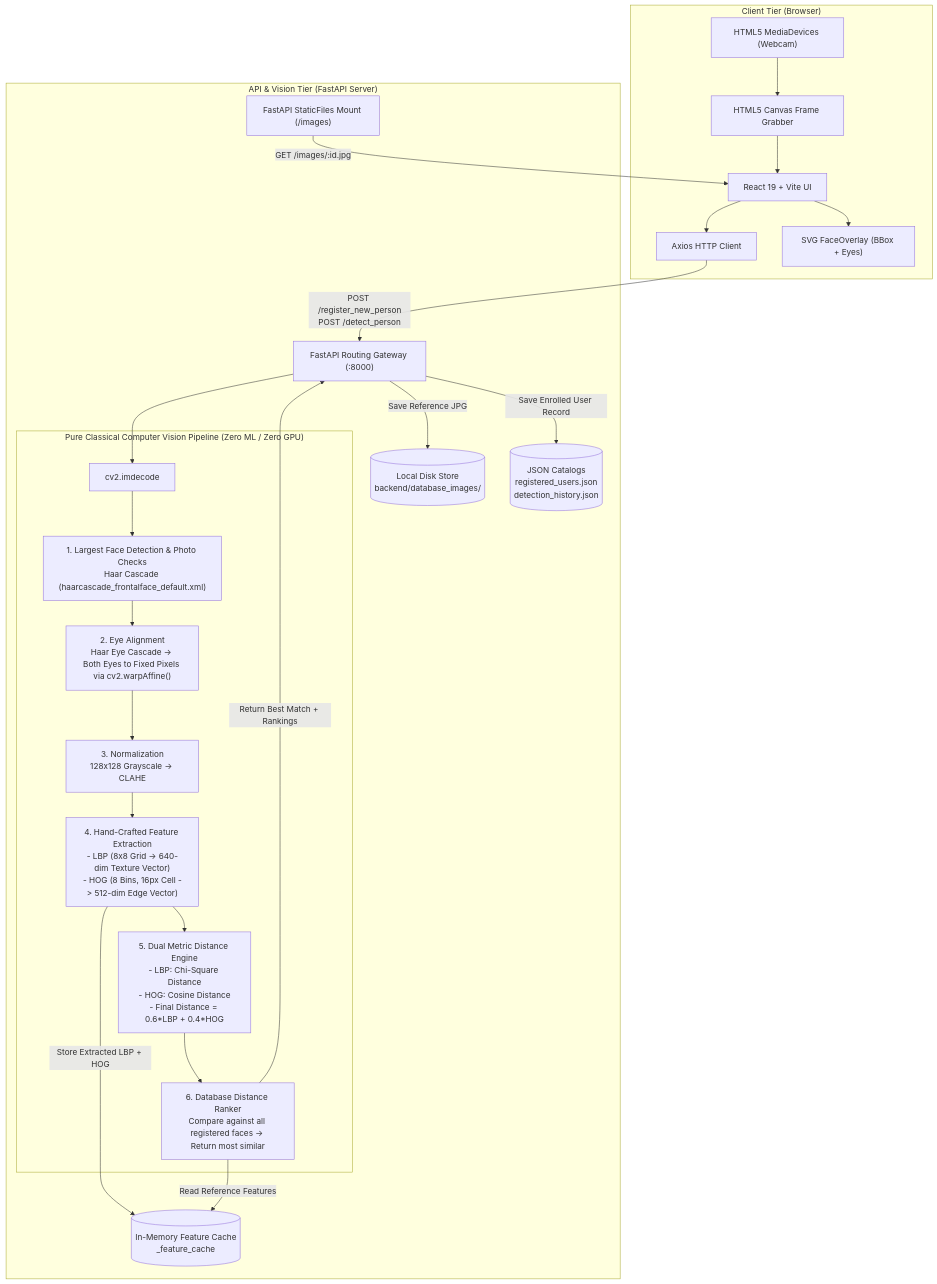
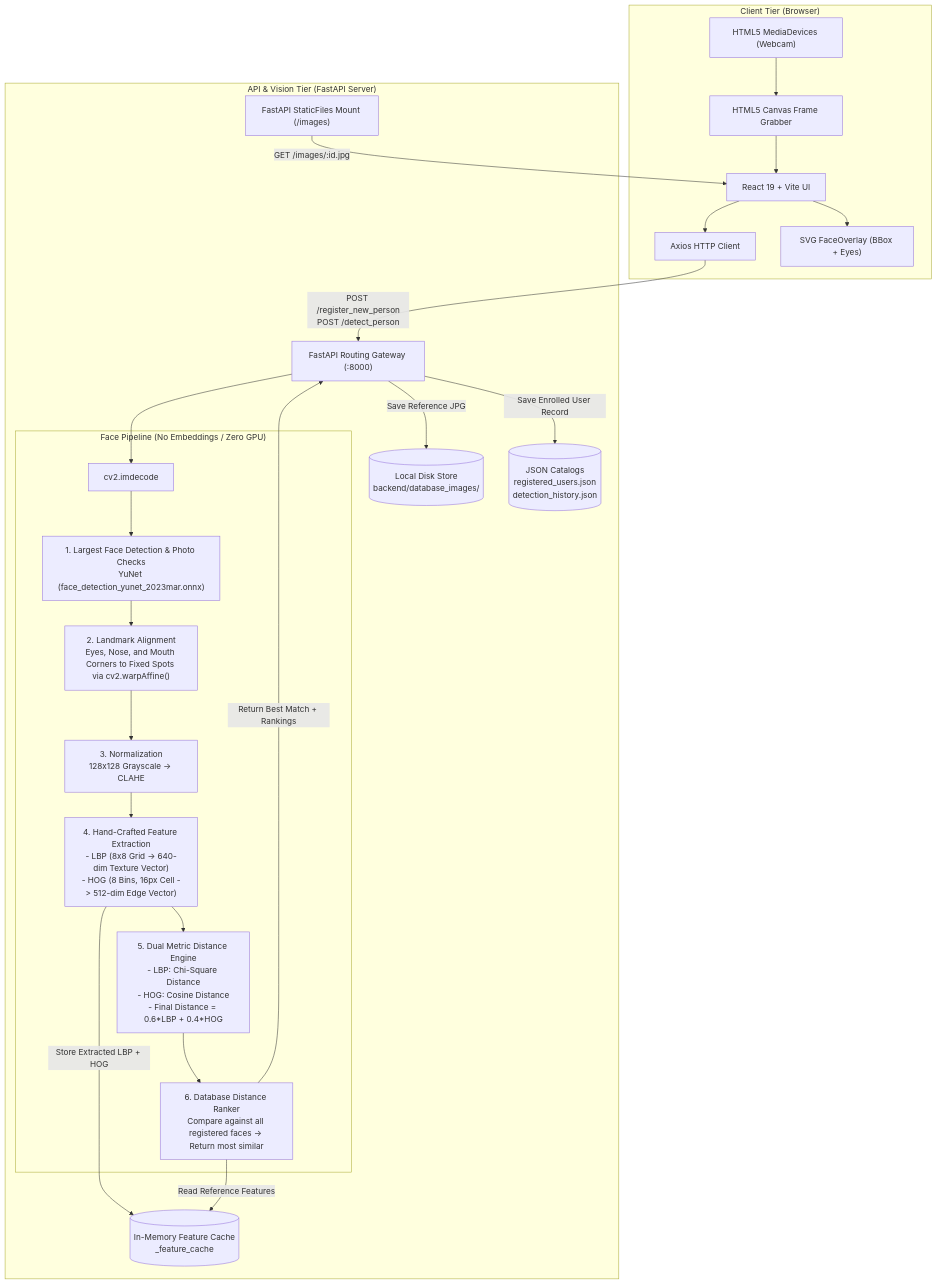
Before and after one commit to Mit-007/face_recognition_POC: the diagram in architecture.md, drawn with Mermaid. The commit also changed other lines of this file and 9 other files, not shown here.

````diff
--- a/architecture.md
+++ b/architecture.md
@@ -11,46 +11,46 @@
 ```mermaid
 flowchart TD
     subgraph Client["Client Tier (Browser)"]
         UI["React 19 + Vite UI"]
         Cam["HTML5 MediaDevices (Webcam)"]
         Canvas["HTML5 Canvas Frame Grabber"]
         Axios["Axios HTTP Client"]
         Overlay["SVG FaceOverlay (BBox + Eyes)"]
         
         Cam --> Canvas --> UI
         UI --> Overlay
         UI --> Axios
     end
 
     subgraph Backend["API & Vision Tier (FastAPI Server)"]
         API["FastAPI Routing Gateway (:8000)"]
         Static["FastAPI StaticFiles Mount (/images)"]
         
-        subgraph Classical_CV["Pure Classical Computer Vision Pipeline (Zero ML / Zero GPU)"]
+        subgraph Classical_CV["Face Pipeline (No Embeddings / Zero GPU)"]
             Decode["cv2.imdecode"]
-            HaarDetect["1. Largest Face Detection & Photo Checks\nHaar Cascade (haarcascade_frontalface_default.xml)"]
-            EyeAlign["2. Eye Alignment\nHaar Eye Cascade -> Both Eyes to Fixed Pixels via cv2.warpAffine()"]
+            FaceDetect["1. Largest Face Detection & Photo Checks\nYuNet (face_detection_yunet_2023mar.onnx)"]
+            LandmarkAlign["2. Landmark Alignment\nEyes, Nose, and Mouth Corners to Fixed Spots via cv2.warpAffine()"]
             Normalize["3. Normalization\n128x128 Grayscale -> CLAHE"]
             FeatExtract["4. Hand-Crafted Feature Extraction\n- LBP (8x8 Grid -> 640-dim Texture Vector)\n- HOG (8 Bins, 16px Cell -> 512-dim Edge Vector)"]
             Distance["5. Dual Metric Distance Engine\n- LBP: Chi-Square Distance\n- HOG: Cosine Distance\n- Final Distance = 0.6*LBP + 0.4*HOG"]
             Ranker["6. Database Distance Ranker\nCompare against all registered faces -> Return most similar"]
         end
         
         DiskStore[("Local Disk Store\nbackend/database_images/")]
         JSONStore[("JSON Catalogs\nregistered_users.json\ndetection_history.json")]
         MemCache[("In-Memory Feature Cache\n_feature_cache")]
     end
 
     Axios -->|POST /register_new_person\nPOST /detect_person| API
     Static -->|GET /images/:id.jpg| UI
     
-    API --> Decode --> HaarDetect --> EyeAlign --> Normalize --> FeatExtract
+    API --> Decode --> FaceDetect --> LandmarkAlign --> Normalize --> FeatExtract
     
     API -->|Save Reference JPG| DiskStore
     API -->|Save Enrolled User Record| JSONStore
     FeatExtract -->|Store Extracted LBP + HOG| MemCache
     
     FeatExtract --> Distance --> Ranker
     Ranker -->|Read Reference Features| MemCache
     Ranker -->|Return Best Match + Rankings| API
 ```
````
